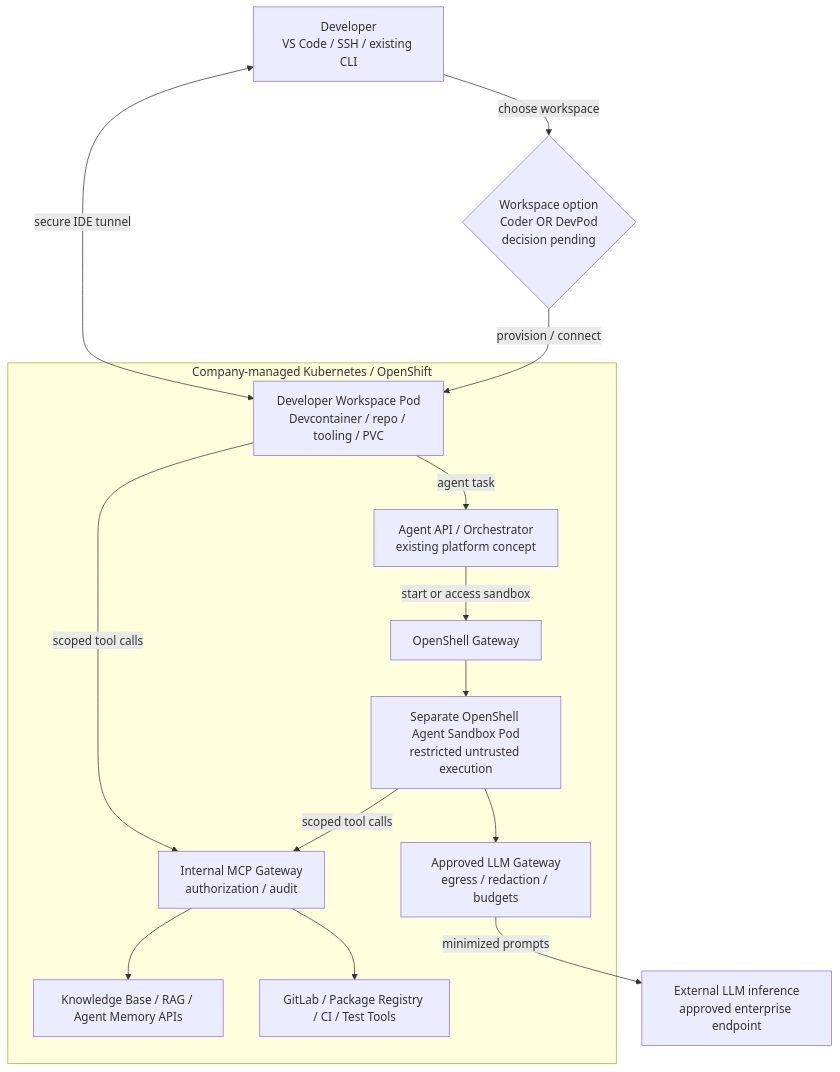
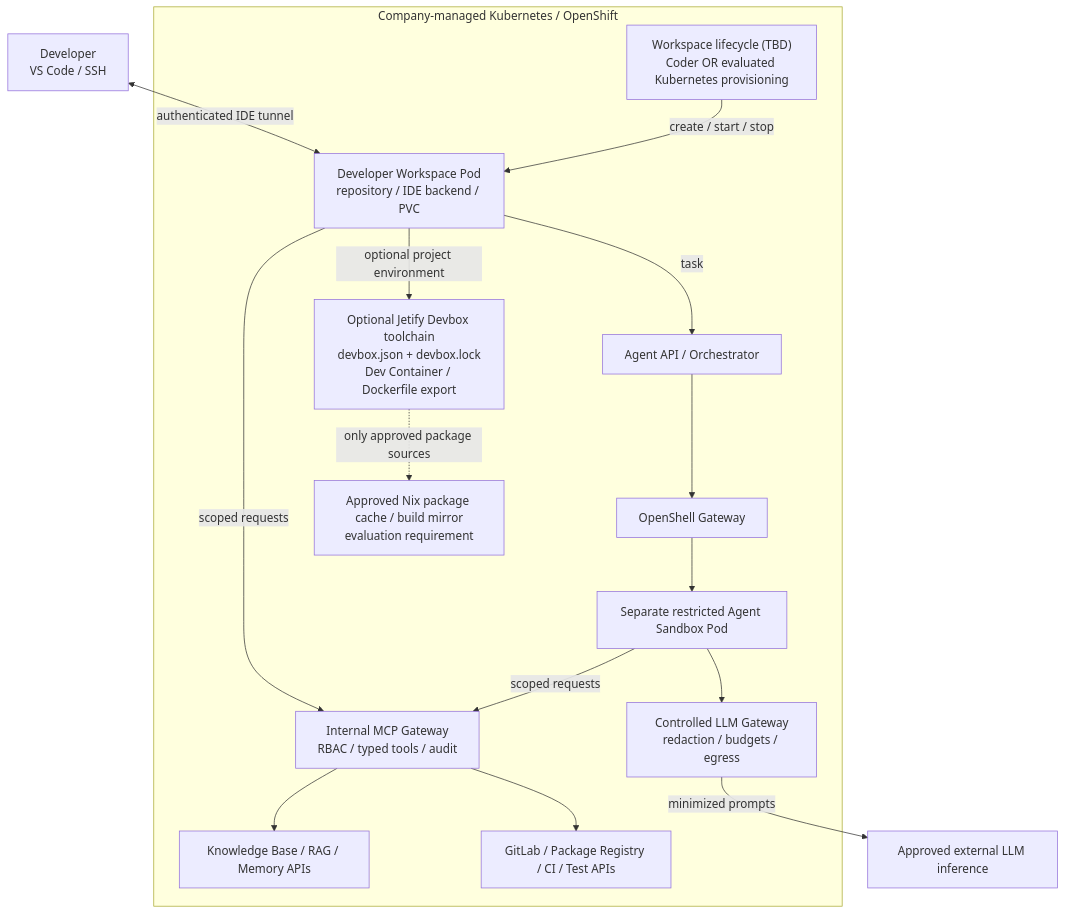
The diagram in remote-development-environments.md (ghinta/coding-agent), drawn with Mermaid before and after one commit. The commit also changed other lines of this file and 2 other files, not shown here.

Commit message:
Replace DevPod evaluation with Jetify Devbox and clarify workspace layers

````diff
--- a/remote-development-environments.md
+++ b/remote-development-environments.md
@@ -15,28 +24,31 @@
-~~~mermaid
+```mermaid
 flowchart TB
-    dev["Developer<br/>VS Code / SSH / existing CLI"]
-    choice{"Workspace option<br/>Coder OR DevPod<br/>decision pending"}
+    developer["Developer<br/>VS Code / SSH"]
     subgraph company["Company-managed Kubernetes / OpenShift"]
-        workspace["Developer Workspace Pod<br/>Devcontainer / repo / tooling / PVC"]
-        agentApi["Agent API / Orchestrator<br/>existing platform concept"]
+        lifecycle["Workspace lifecycle (TBD)<br/>Coder OR evaluated Kubernetes provisioning"]
+        workspace["Developer Workspace Pod<br/>repository / IDE backend / PVC"]
+        devbox["Optional Jetify Devbox toolchain<br/>devbox.json + devbox.lock<br/>Dev Container / Dockerfile export"]
+        agentApi["Agent API / Orchestrator"]
         osGateway["OpenShell Gateway"]
-        agent["Separate OpenShell Agent Sandbox Pod<br/>restricted untrusted execution"]
-        mcp["Internal MCP Gateway<br/>authorization / audit"]
-        kb["Knowledge Base / RAG / Agent Memory APIs"]
-        systems["GitLab / Package Registry / CI / Test Tools"]
-        llmGateway["Approved LLM Gateway<br/>egress / redaction / budgets"]
+        sandbox["Separate restricted Agent Sandbox Pod"]
+        mcp["Internal MCP Gateway<br/>RBAC / typed tools / audit"]
+        kb["Knowledge Base / RAG / Memory APIs"]
+        systems["GitLab / Package Registry / CI / Test APIs"]
+        inference["Controlled LLM Gateway<br/>redaction / budgets / egress"]
+        nixCache["Approved Nix package cache / build mirror<br/>evaluation requirement"]
     end
-    llm["External LLM inference<br/>approved enterprise endpoint"]
-    dev <-->|"secure IDE tunnel"| workspace
-    dev -->|"choose workspace"| choice
-    choice -->|"provision / connect"| workspace
-    workspace -->|"agent task"| agentApi
-    agentApi -->|"start or access sandbox"| osGateway
-    osGateway --> agent
-    workspace -->|"scoped tool calls"| mcp
-    agent -->|"scoped tool calls"| mcp
+    llm["Approved external LLM inference"]
+    developer <-->|"authenticated IDE tunnel"| workspace
+    lifecycle -->|"create / start / stop"| workspace
+    workspace -->|"optional project environment"| devbox
+    devbox -.->|"only approved package sources"| nixCache
+    workspace -->|"task"| agentApi
+    agentApi --> osGateway
+    osGateway --> sandbox
+    workspace -->|"scoped requests"| mcp
+    sandbox -->|"scoped requests"| mcp
     mcp --> kb
     mcp --> systems
-    agent --> llmGateway
-    llmGateway -->|"minimized prompts"| llm
-~~~
+    sandbox --> inference
+    inference -->|"minimized prompts"| llm
+```
````
